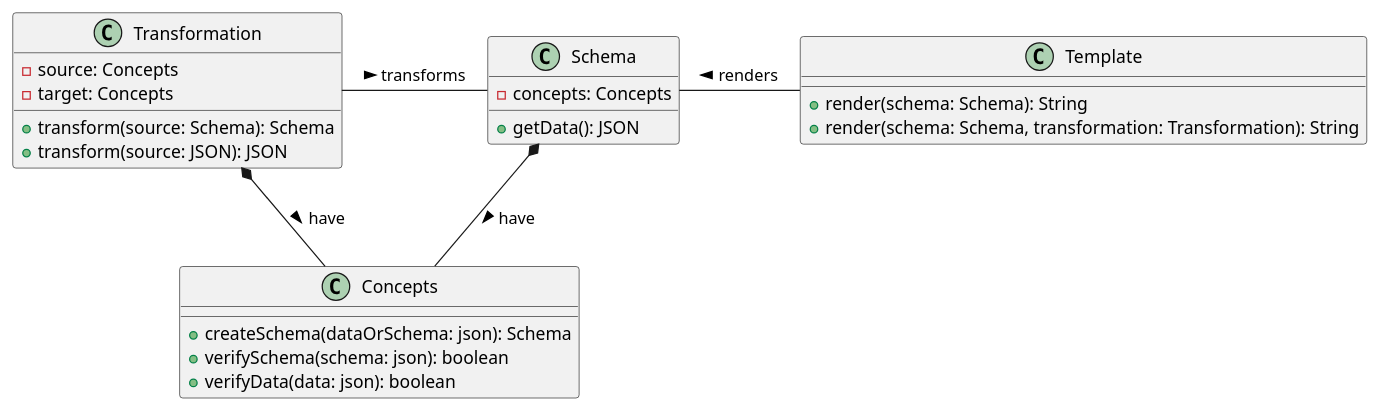
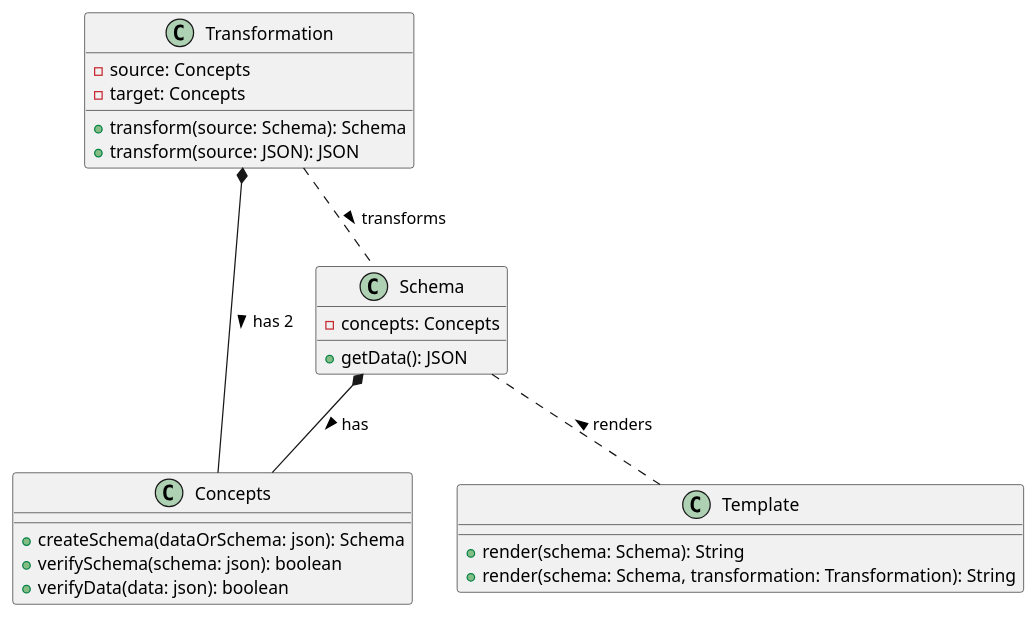
The diagram in buildrjs/specs/00-usecases/01-render-text-using-a-template-with-any-json.md (mouseless/json-concepts), drawn with PlantUML before and after one commit.

Commit message:
class diagram revised

````diff
--- a/buildrjs/specs/00-usecases/01-render-text-using-a-template-with-any-json.md
+++ b/buildrjs/specs/00-usecases/01-render-text-using-a-template-with-any-json.md
@@ -21,29 +21,29 @@
 ```plantuml
 class Concepts {
     + createSchema(dataOrSchema: json): Schema
     + verifySchema(schema: json): boolean
     + verifyData(data: json): boolean
 }
 
 class Schema {
     - concepts: Concepts
     + getData(): JSON
 }
 
 class Transformation {
     - source: Concepts
     - target: Concepts
     + transform(source: Schema): Schema
     + transform(source: JSON): JSON
 }
 
 class Template {
     + render(schema: Schema): String
     + render(schema: Schema, transformation: Transformation): String
 }
 
-Transformation *-- Concepts : have >
-Schema *-- Concepts : have > 
-Transformation - Schema : transforms >
-Schema - Template : renders <
+Transformation *-- Concepts : has 2 >
+Schema *-- Concepts : has > 
+Transformation .. Schema : transforms >
+Schema .. Template : renders <
 ```
````
